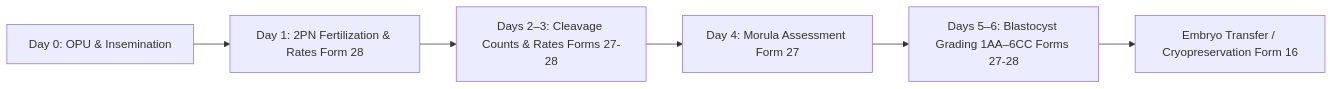
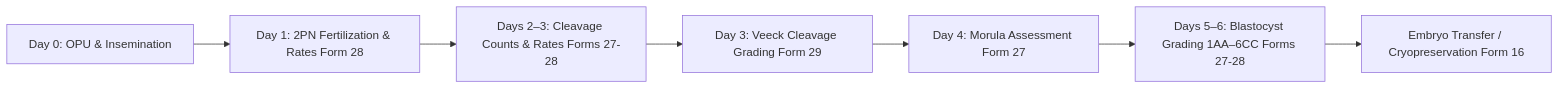
One commit to MET4L-DS/open-mrs changed the first of 2 diagrams in docs/records/2026-10-14/presentation_notes.md. Above: the diagram before and after it, drawn with Mermaid. The commit also changed other lines of this file and 18 other files, not shown here.

````diff
--- a/docs/records/2026-10-14/presentation_notes.md
+++ b/docs/records/2026-10-14/presentation_notes.md
@@ -17,8 +17,9 @@
 ```mermaid
 flowchart LR
     A[Day 0: OPU & Insemination] --> B[Day 1: 2PN Fertilization & Rates Form 28]
     B --> C[Days 2–3: Cleavage Counts & Rates Forms 27-28]
-    C --> D[Day 4: Morula Assessment Form 27]
-    D --> E[Days 5–6: Blastocyst Grading 1AA–6CC Forms 27-28]
-    E --> F[Embryo Transfer / Cryopreservation Form 16]
+    C --> D[Day 3: Veeck Cleavage Grading Form 29]
+    D --> E[Day 4: Morula Assessment Form 27]
+    E --> F[Days 5–6: Blastocyst Grading 1AA–6CC Forms 27-28]
+    F --> G[Embryo Transfer / Cryopreservation Form 16]
 ```
````
